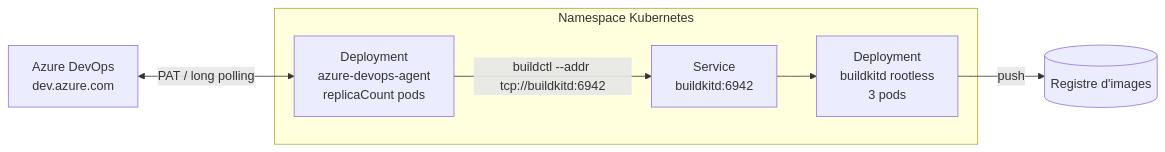
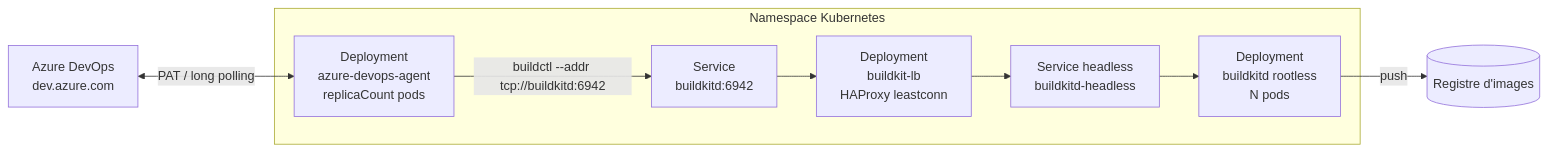
The diagram in README.md (SEPTEO-OPENSOURCE/azure-agent-pipeline), drawn with Mermaid before and after one commit. The commit also changed other lines of this file, not shown here.

````diff
--- a/README.md
+++ b/README.md
@@ -39,13 +38,16 @@
 ```mermaid
 flowchart LR
     ADO[Azure DevOps<br/>dev.azure.com] <-- "PAT / long polling" --> AGENT
 
     subgraph NS[Namespace Kubernetes]
         AGENT[Deployment<br/>azure-devops-agent<br/>replicaCount pods]
         SVC[Service<br/>buildkitd:6942]
-        BK[Deployment<br/>buildkitd rootless<br/>3 pods]
-        AGENT -- "buildctl --addr tcp://buildkitd:6942" --> SVC --> BK
+        LB[Deployment<br/>buildkit-lb<br/>HAProxy leastconn]
+        HEAD[Service headless<br/>buildkitd-headless]
+        BK[Deployment<br/>buildkitd rootless<br/>N pods]
+        AGENT -- "buildctl --addr tcp://buildkitd:6942" --> SVC --> LB
+        LB --> HEAD --> BK
     end
 
     BK -- "push" --> REG[(Registre d'images)]
 ```
````
